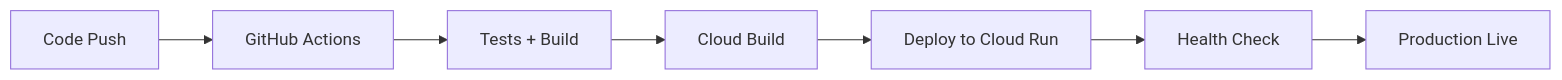
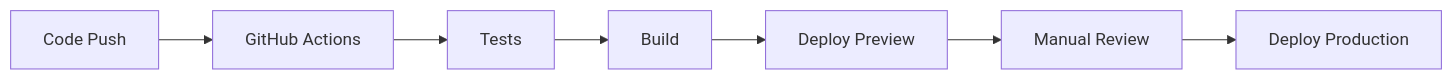
The diagram in docs/DEVELOPMENT.md (nothink-jp/suzumina.click), drawn with Mermaid before and after one commit. The commit also changed other lines of this file and 6 other files, not shown here.

````diff
--- a/docs/DEVELOPMENT.md
+++ b/docs/DEVELOPMENT.md
@@ -213,9 +444,9 @@
 ```mermaid
 graph LR
     A[Code Push] --> B[GitHub Actions]
-    B --> C[Tests + Build]
-    C --> D[Cloud Build]
-    D --> E[Deploy to Cloud Run]
-    E --> F[Health Check]
-    F --> G[Production Live]
+    B --> C[Tests]
+    C --> D[Build]
+    D --> E[Deploy Preview]
+    E --> F[Manual Review]
+    F --> G[Deploy Production]
 ```
````
